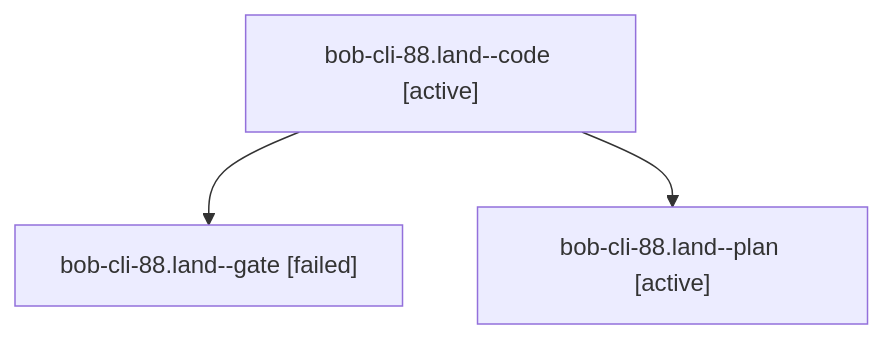
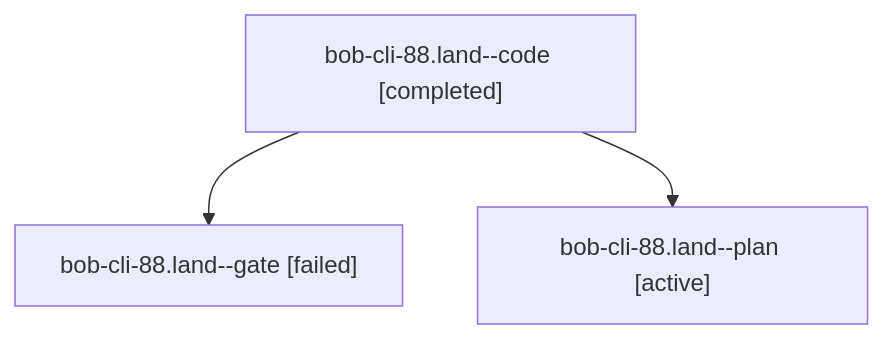
The diagram in sessions/bbugyi200.athena.bob-cli-88.land.md (bobs-org/bob-cli--agents), drawn with Mermaid before and after one commit. The commit also changed other lines of this file and 28 other files, not shown here.

````diff
--- a/sessions/bbugyi200.athena.bob-cli-88.land.md
+++ b/sessions/bbugyi200.athena.bob-cli-88.land.md
@@ -9,8 +9,8 @@
 ```mermaid
 flowchart TD
-  n0["bob-cli-88.land--code [active]"]
+  n0["bob-cli-88.land--code [completed]"]
   n1["bob-cli-88.land--gate [failed]"]
   n0 --> n1
   n2["bob-cli-88.land--plan [active]"]
   n0 --> n2
 ```
````
